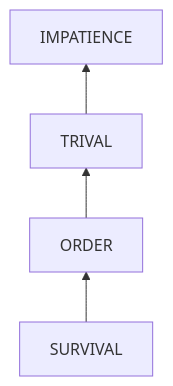
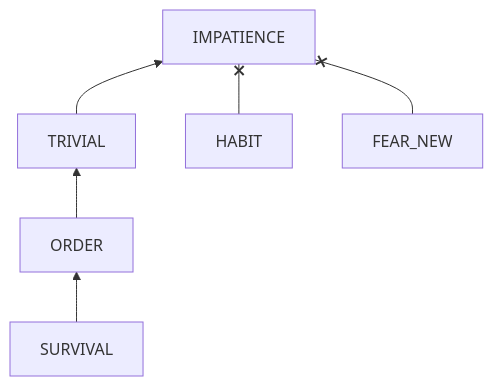
The diagram in health/psychology/temptation/want_to_finish_soon.md (SuxinL/Notes), drawn with Mermaid before and after one commit. The commit also changed other lines of this file, not shown here.

````diff
--- a/health/psychology/temptation/want_to_finish_soon.md
+++ b/health/psychology/temptation/want_to_finish_soon.md
@@ -45,9 +45,13 @@
 ```mermaid
 flowchart BT
 	IMPATIENCE
-	TRIVAL
+	TRIVIAL
+	HABIT
+	FEAR_NEW
 	ORDER
 	SURVIVAL
 	
-	SURVIVAL --> ORDER --> TRIVAL --> IMPATIENCE
+	SURVIVAL --> ORDER --> TRIVIAL --> IMPATIENCE
+	HABIT --x IMPATIENCE
+	FEAR_NEW --x IMPATIENCE
 ```
````
